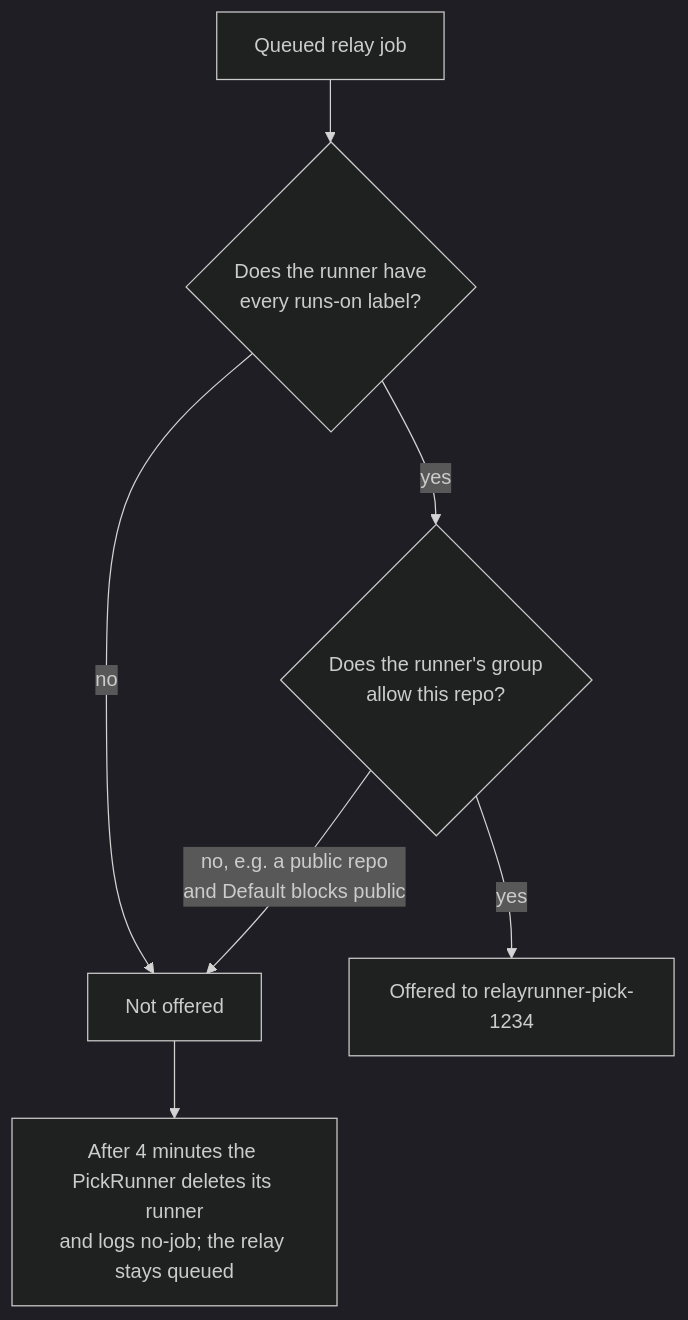
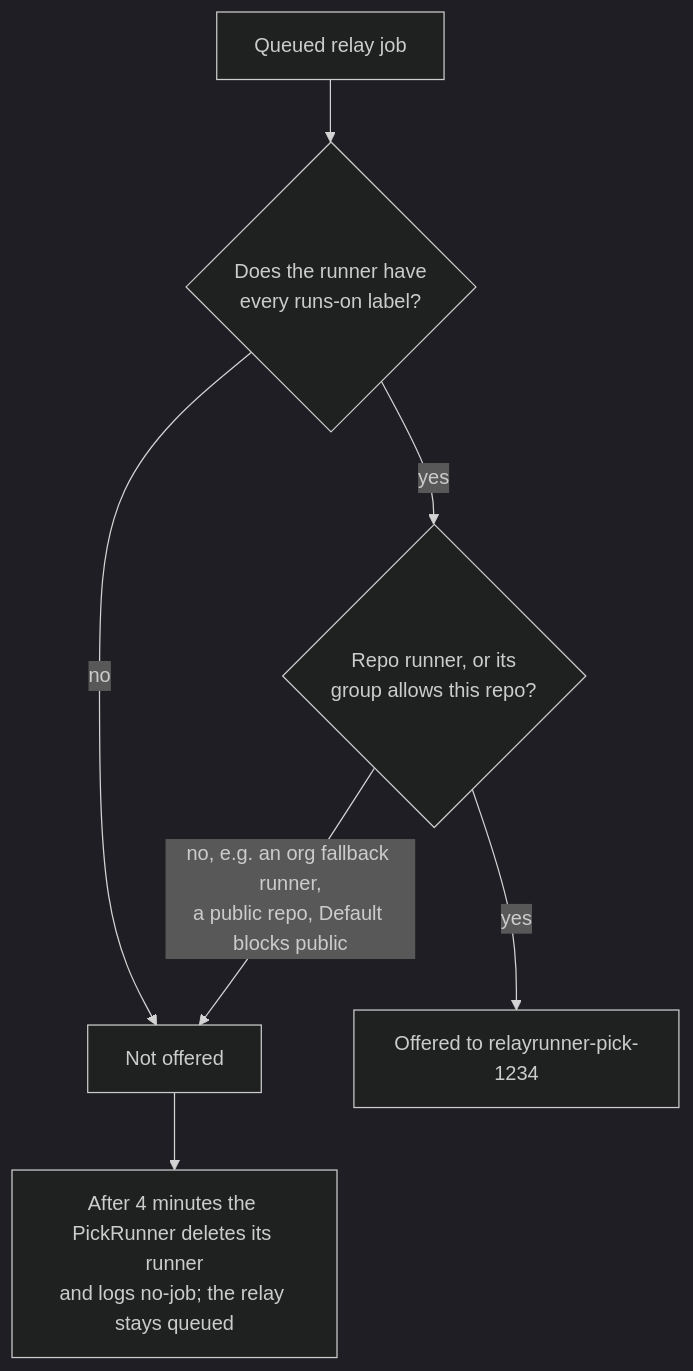
The sixth of 7 diagrams in docs/architecture/pick-runner.md (relayrunner/relayrunner), drawn with Mermaid (dark theme) before and after one commit. The commit also changed other lines of this file and 8 other files, not shown here.

First line of the commit message:
fix(api): register pick runners on the job's repo, so org runner groups don't block relays

````diff
--- a/docs/architecture/pick-runner.md
+++ b/docs/architecture/pick-runner.md
@@ -126,9 +126,9 @@
 ```mermaid
 flowchart TD
   J["Queued relay job"] --> L{"Does the runner have<br/>every runs-on label?"}
   L -- "no" --> N["Not offered"]
-  L -- "yes" --> G{"Does the runner's group<br/>allow this repo?"}
-  G -- "no, e.g. a public repo<br/>and Default blocks public" --> N
+  L -- "yes" --> G{"Repo runner, or its<br/>group allows this repo?"}
+  G -- "no, e.g. an org fallback runner,<br/>a public repo, Default blocks public" --> N
   G -- "yes" --> O["Offered to relayrunner-pick-1234"]
   N --> T["After 4 minutes the PickRunner deletes its runner<br/>and logs no-job; the relay stays queued"]
 ```
````
